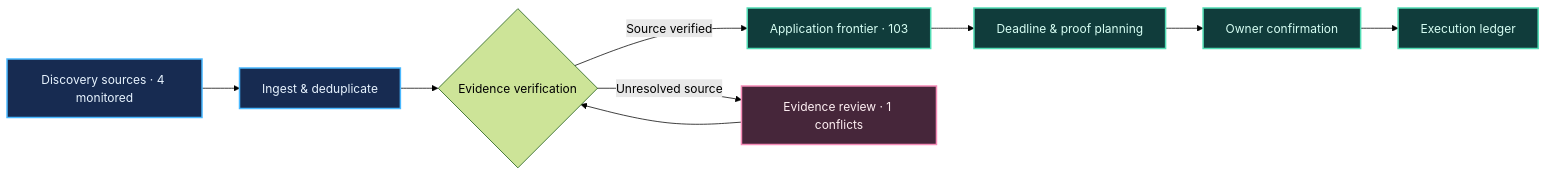
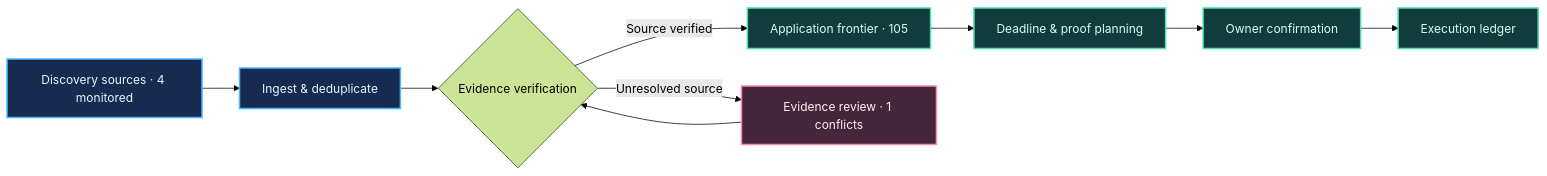
One commit to Armanasq/phd_tracker changed the diagram in docs/diagrams/pipeline.mmd. Above: the diagram before and after it, drawn with Mermaid (forest theme). The commit also changed 29 other files, not shown here.

```diff
--- a/docs/diagrams/pipeline.mmd
+++ b/docs/diagrams/pipeline.mmd
@@ -1,15 +1,15 @@
 flowchart LR
     A["Discovery sources · 4 monitored"] --> B["Ingest & deduplicate"]
     B --> C{"Evidence verification"}
-    C -->|"Source verified"| D["Application frontier · 103"]
+    C -->|"Source verified"| D["Application frontier · 105"]
     C -->|"Unresolved source"| E["Evidence review · 1 conflicts"]
     E --> C
     D --> F["Deadline & proof planning"]
     F --> G["Owner confirmation"]
     G --> H["Execution ledger"]
     classDef source fill:#172b51,color:#e8f4ff,stroke:#49b8ff,stroke-width:2px
     classDef verified fill:#103c3b,color:#d7fff4,stroke:#51dcb4,stroke-width:2px
     classDef attention fill:#46263a,color:#fff0f3,stroke:#f58bb7,stroke-width:2px
     class A,B source
     class D,F,G,H verified
     class E attention
```
